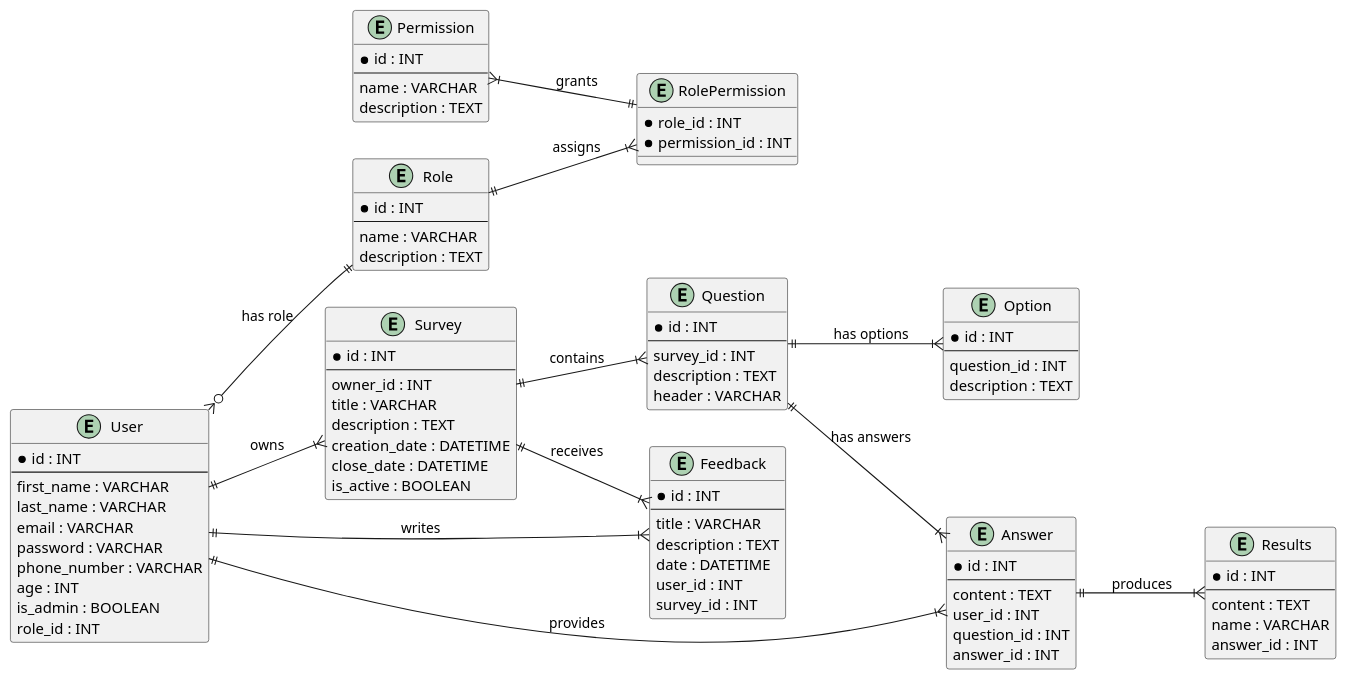
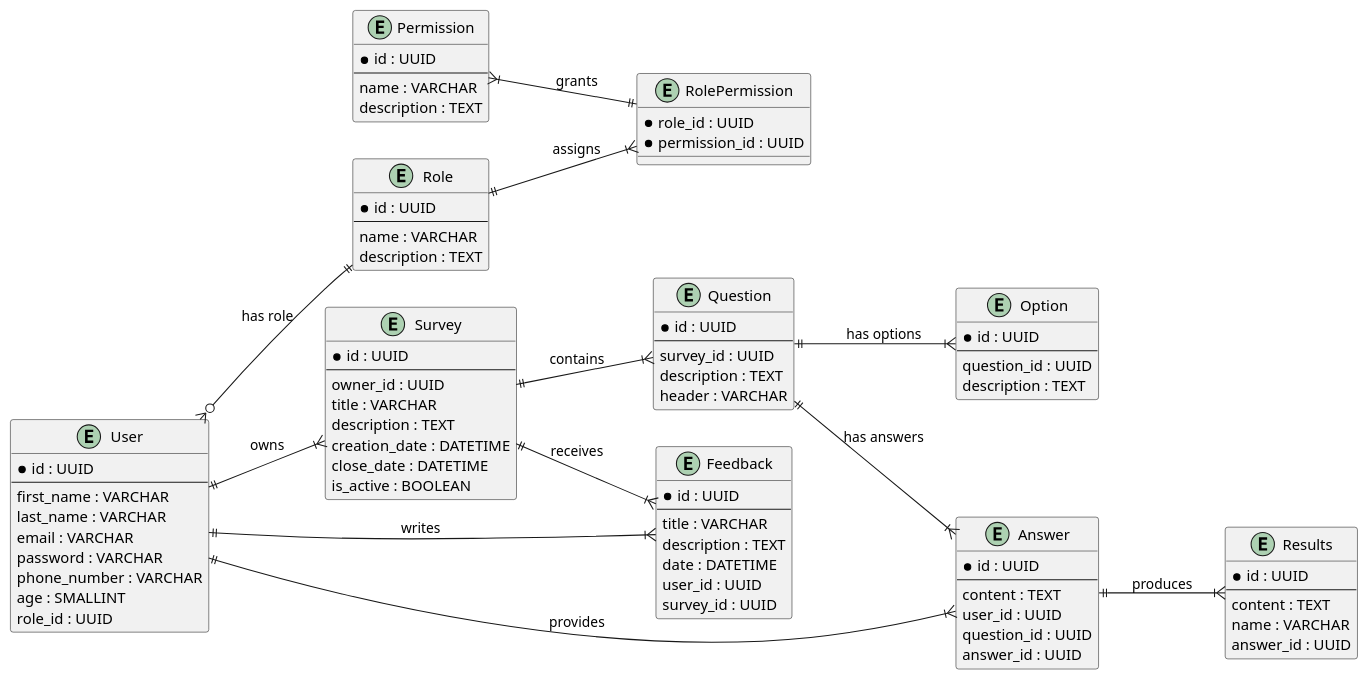
Before and after one commit to sunnytea0/db_labs_my: the diagram in docs/design/README.md, drawn with PlantUML. The commit also changed other lines of this file, not shown here.

Commit message:
#47  Fixed some inaccuracies
Fixed some inaccuracies

```diff
--- a/docs/design/README.md
+++ b/docs/design/README.md
@@ -10,41 +16,40 @@
 left to right direction
 
 entity User {
-    * id : INT
+    * id : UUID
     --
     first_name : VARCHAR
     last_name : VARCHAR
     email : VARCHAR
     password : VARCHAR
     phone_number : VARCHAR
-    age : INT
-    is_admin : BOOLEAN
-    role_id : INT
+    age : SMALLINT
+    role_id : UUID
 }
 
 entity Role {
-    * id : INT
+    * id : UUID
     --
     name : VARCHAR
     description : TEXT
 }
 
 entity Permission {
-    * id : INT
+    * id : UUID
     --
     name : VARCHAR
     description : TEXT
 }
 
 entity RolePermission {
-    * role_id : INT
-    * permission_id : INT
+    * role_id : UUID
+    * permission_id : UUID
 }
 
 entity Survey {
-    * id : INT
+    * id : UUID
     --
-    owner_id : INT
+    owner_id : UUID
     title : VARCHAR
     description : TEXT
     creation_date : DATETIME
@@ -53,45 +58,45 @@
 }
 
 entity Question {
-    * id : INT
+    * id : UUID
     --
-    survey_id : INT
+    survey_id : UUID
     description : TEXT
     header : VARCHAR
 }
 
 entity Option {
-    * id : INT
+    * id : UUID
     --
-    question_id : INT
+    question_id : UUID
     description : TEXT
 }
 
 entity Answer {
-    * id : INT
+    * id : UUID
     --
     content : TEXT
-    user_id : INT
-    question_id : INT
-    answer_id : INT
+    user_id : UUID
+    question_id : UUID
+    answer_id : UUID
 }
 
 entity Results {
-    * id : INT
+    * id : UUID
     --
     content : TEXT
     name : VARCHAR
-    answer_id : INT
+    answer_id : UUID
 }
 
 entity Feedback {
-    * id : INT
+    * id : UUID
     --
     title : VARCHAR
     description : TEXT
     date : DATETIME
-    user_id : INT
-    survey_id : INT
+    user_id : UUID
+    survey_id : UUID
 }
 
 User }o--|| Role : "has role"
```
